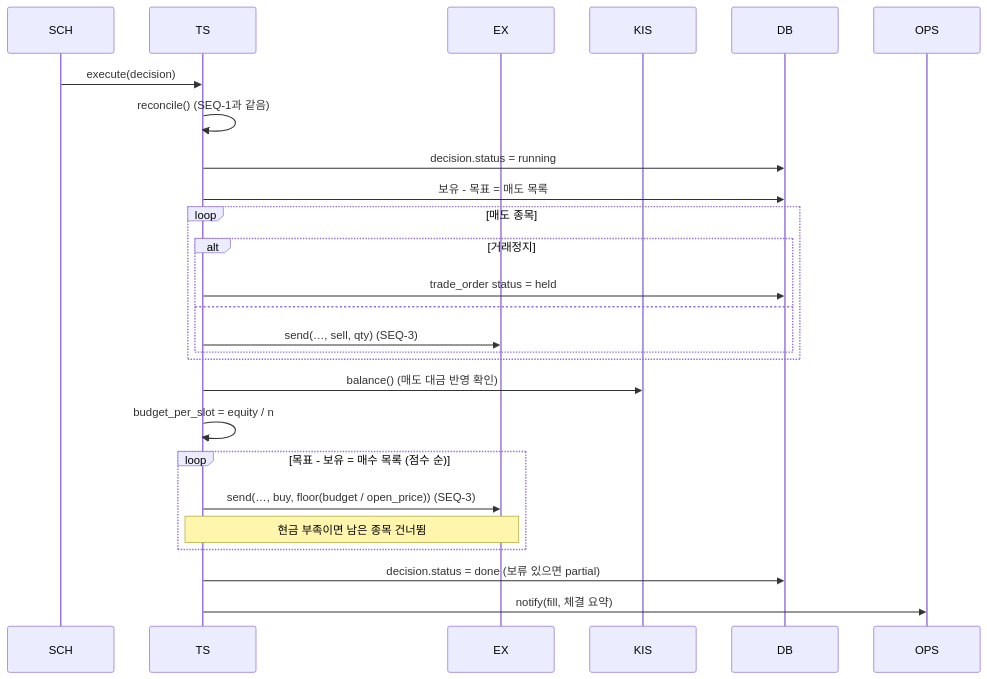
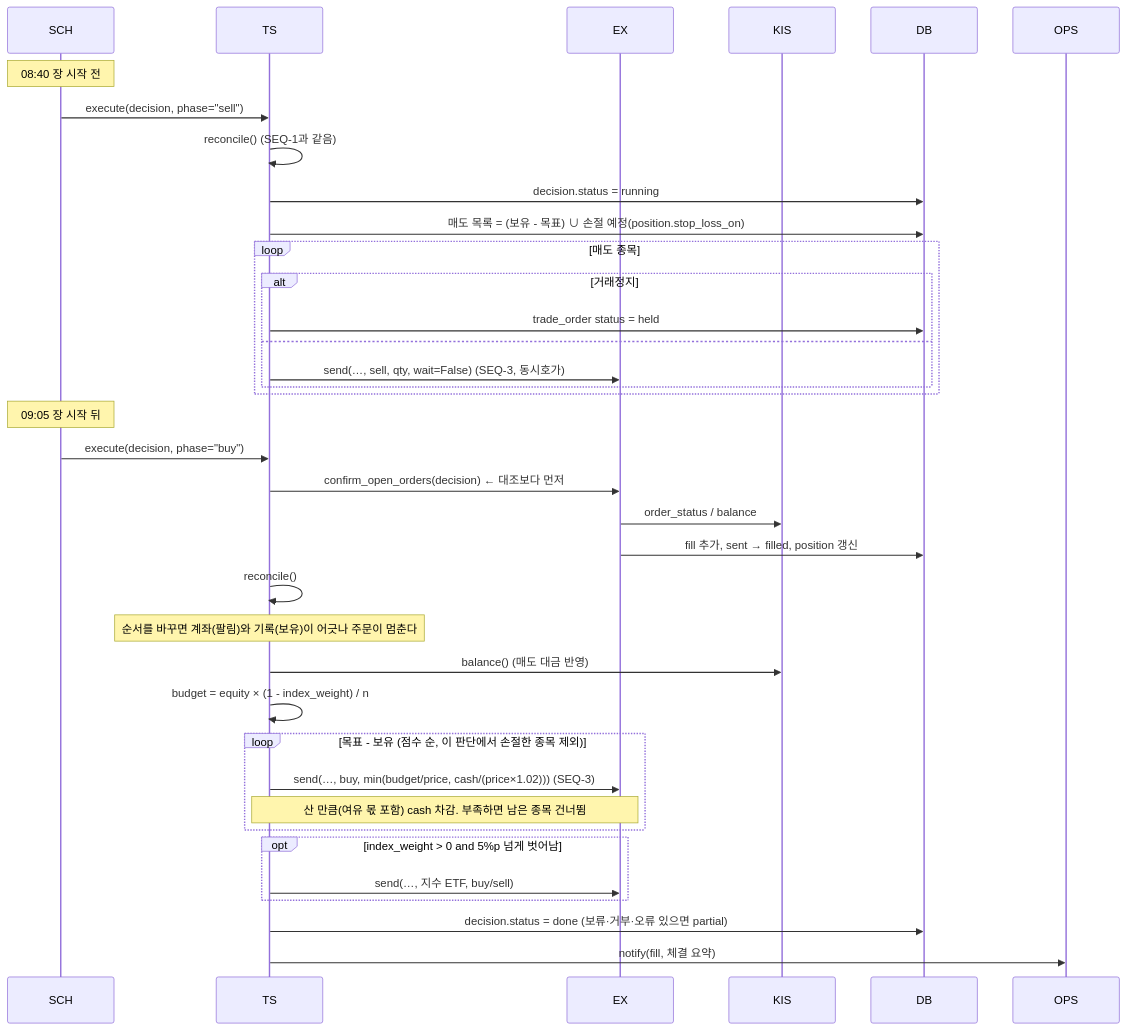
The fourth of 6 diagrams in docs/specs/09-SEQ/QBOT-SEQ-001.md (HoyoungParkme/quant-rebalance-bot), drawn with Mermaid before and after one commit. The commit also changed other lines of this file, not shown here.

Commit message:
SEQ-1에 손절 표시, SEQ-4를 두 단계(08:40 매도·09:05 매수)로 고치고 체결 기록→대조 순서·여유 몫·손절 매도 반영, SEQ-2 시각 20:40(확정 봉)

````diff
--- a/docs/specs/09-SEQ/QBOT-SEQ-001.md
+++ b/docs/specs/09-SEQ/QBOT-SEQ-001.md
@@ -154,28 +173,39 @@
 ```mermaid
 sequenceDiagram
   participant SCH
   participant TS
   participant EX
   participant KIS
   participant DB
   participant OPS
-  SCH->>TS: execute(decision)
+  Note over SCH: 08:40 장 시작 전
+  SCH->>TS: execute(decision, phase="sell")
   TS->>TS: reconcile() (SEQ-1과 같음)
   TS->>DB: decision.status = running
-  TS->>DB: 보유 - 목표 = 매도 목록
+  TS->>DB: 매도 목록 = (보유 - 목표) ∪ 손절 예정(position.stop_loss_on)
   loop 매도 종목
     alt 거래정지
       TS->>DB: trade_order status = held
     else
-      TS->>EX: send(…, sell, qty)  (SEQ-3)
+      TS->>EX: send(…, sell, qty, wait=False)  (SEQ-3, 동시호가)
     end
   end
-  TS->>KIS: balance()  (매도 대금 반영 확인)
-  TS->>TS: budget_per_slot = equity / n
-  loop 목표 - 보유 = 매수 목록 (점수 순)
-    TS->>EX: send(…, buy, floor(budget / open_price))  (SEQ-3)
-    Note over TS,EX: 현금 부족이면 남은 종목 건너뜀
+  Note over SCH: 09:05 장 시작 뒤
+  SCH->>TS: execute(decision, phase="buy")
+  TS->>EX: confirm_open_orders(decision)  ← 대조보다 먼저
+  EX->>KIS: order_status / balance
+  EX->>DB: fill 추가, sent → filled, position 갱신
+  TS->>TS: reconcile()
+  Note over TS: 순서를 바꾸면 계좌(팔림)와 기록(보유)이 어긋나 주문이 멈춘다
+  TS->>KIS: balance()  (매도 대금 반영)
+  TS->>TS: budget = equity × (1 - index_weight) / n
+  loop 목표 - 보유 (점수 순, 이 판단에서 손절한 종목 제외)
+    TS->>EX: send(…, buy, min(budget/price, cash/(price×1.02)))  (SEQ-3)
+    Note over TS,EX: 산 만큼(여유 몫 포함) cash 차감. 부족하면 남은 종목 건너뜀
   end
-  TS->>DB: decision.status = done (보류 있으면 partial)
+  opt index_weight > 0 and 5%p 넘게 벗어남
+    TS->>EX: send(…, 지수 ETF, buy/sell)
+  end
+  TS->>DB: decision.status = done (보류·거부·오류 있으면 partial)
   TS->>OPS: notify(fill, 체결 요약)
 ```
````
